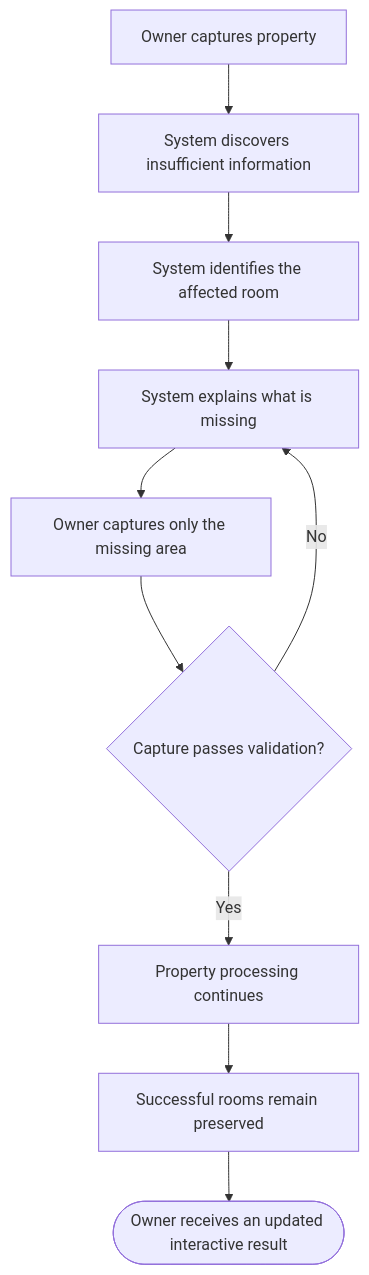
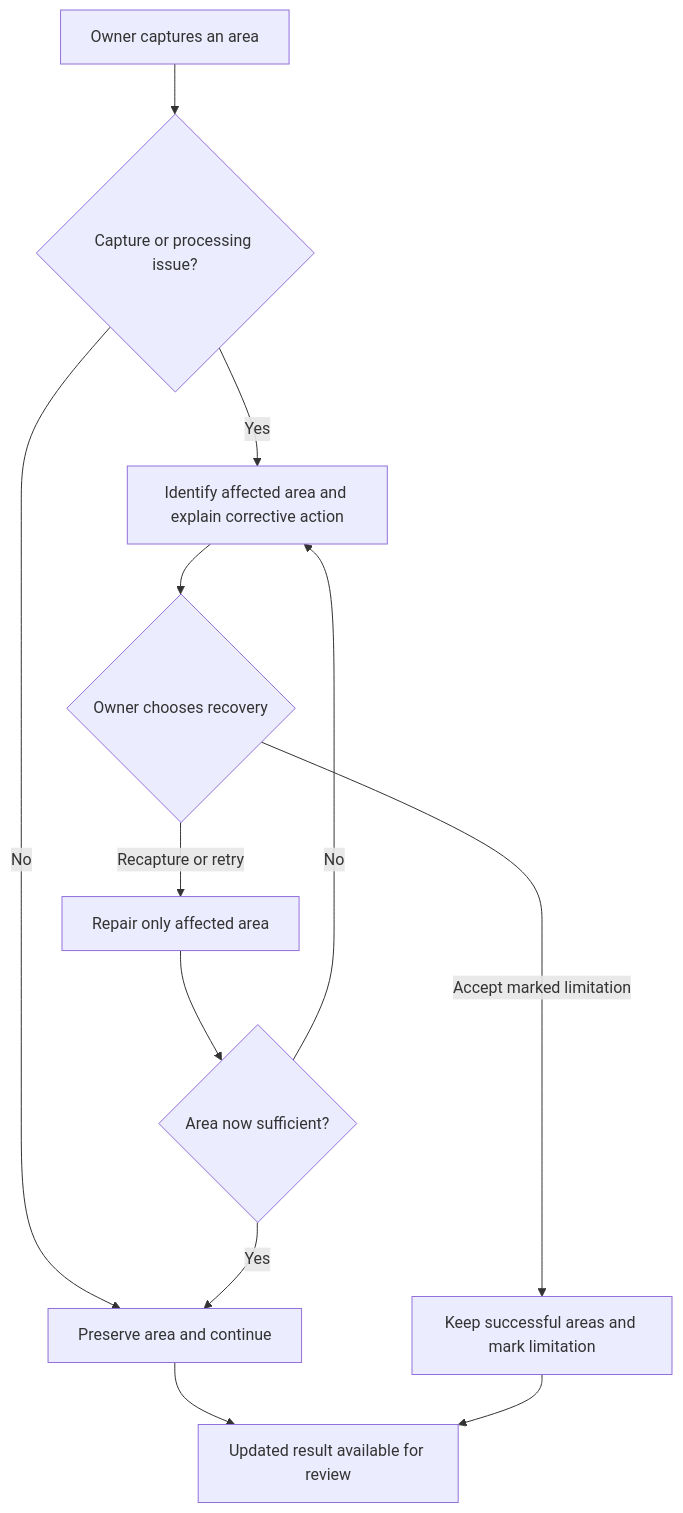
One commit to sanxzy/skills changed the fourth of 4 diagrams in planning/v2/proposal/examples/property-exploration.md. Above: the diagram before and after it, drawn with Mermaid. The commit also changed other lines of this file and 93 other files, not shown here.

````diff
--- a/planning/v2/proposal/examples/property-exploration.md
+++ b/planning/v2/proposal/examples/property-exploration.md
@@ -1537,12 +384,14 @@
 ```mermaid
 flowchart TD
-    capture["Owner captures property"] --> detect["System discovers insufficient information"]
-    detect --> identify["System identifies the affected room"]
-    identify --> explain["System explains what is missing"]
-    explain --> recapture["Owner captures only the missing area"]
-    recapture --> validate{"Capture passes validation?"}
-    validate -->|Yes| resume_processing["Property processing continues"]
+    capture["Owner captures an area"] --> detect{"Capture or processing issue?"}
+    detect -->|No| continue["Preserve area and continue"]
+    detect -->|Yes| explain["Identify affected area and explain corrective action"]
+    explain --> choice{"Owner chooses recovery"}
+    choice -->|Recapture or retry| repair["Repair only affected area"]
+    repair --> validate{"Area now sufficient?"}
     validate -->|No| explain
-    resume_processing --> preserve["Successful rooms remain preserved"]
-    preserve --> updated(["Owner receives an updated interactive result"])
+    validate -->|Yes| continue
+    choice -->|Accept marked limitation| limited["Keep successful areas and mark limitation"]
+    continue --> review["Updated result available for review"]
+    limited --> review
 ```
````
